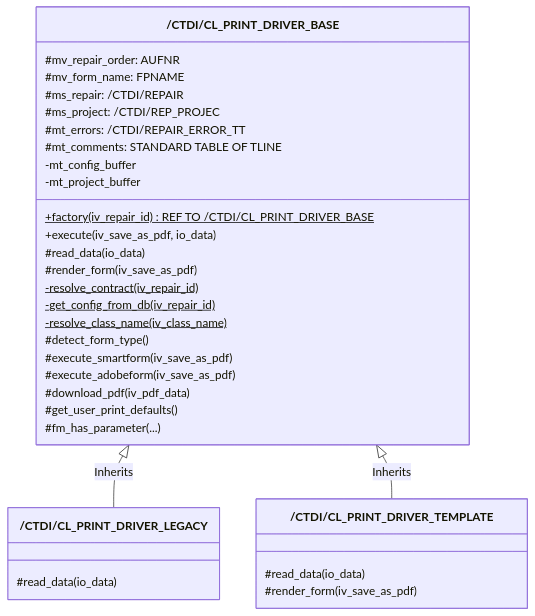
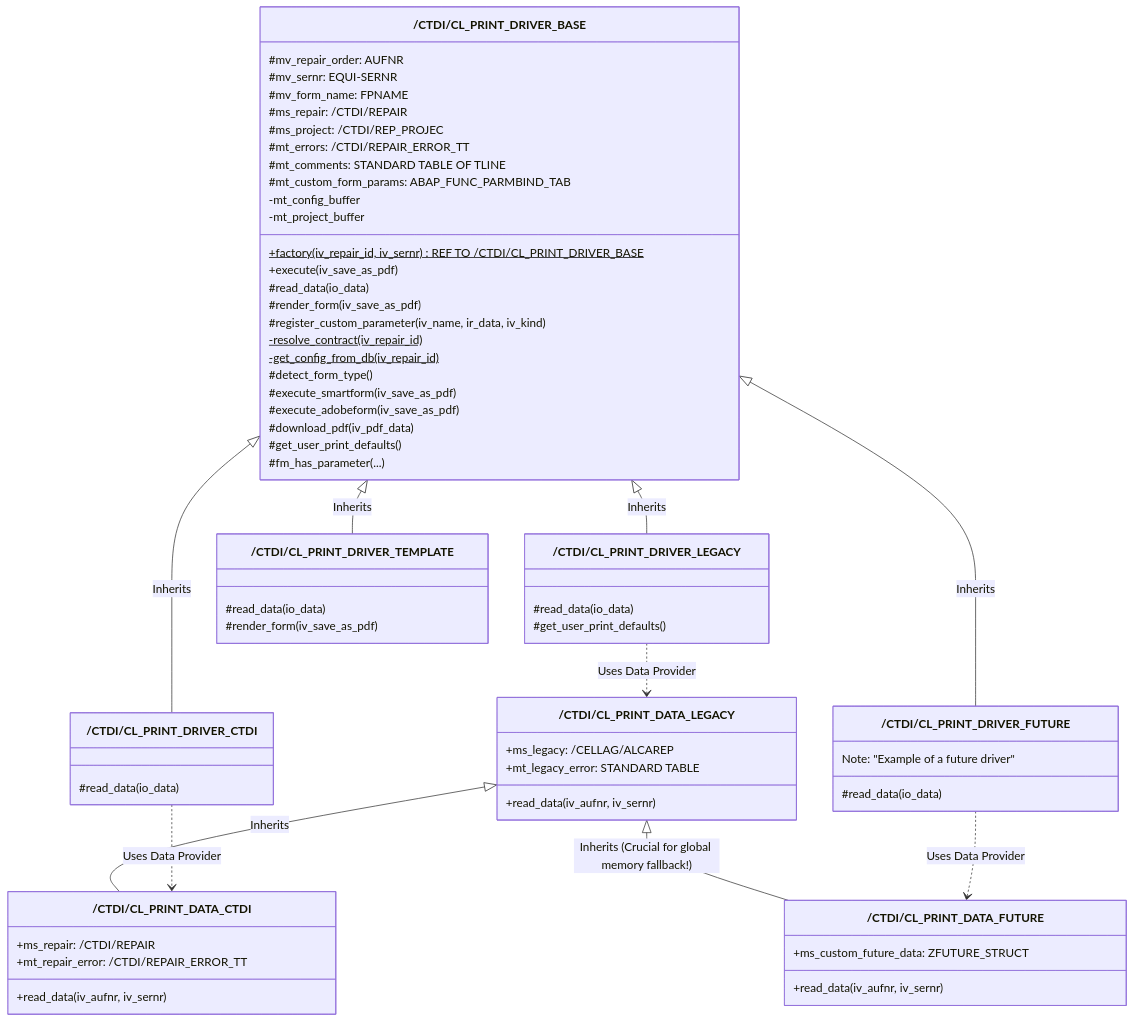
Before and after one commit to sbozbuga/DynAbap: the first of 2 diagrams in uml_new.md, drawn with Mermaid. The commit also changed other lines of this file and 4 other files, not shown here.

Commit message:
feat: implement dynamic print driver framework with NAST integration and standalone execution support

````diff
--- a/uml_new.md
+++ b/uml_new.md
@@ -5,38 +5,76 @@
 ```mermaid
 classDiagram
     class `/CTDI/CL_PRINT_DRIVER_BASE` {
         #mv_repair_order: AUFNR
+        #mv_sernr: EQUI-SERNR
         #mv_form_name: FPNAME
         #ms_repair: /CTDI/REPAIR
         #ms_project: /CTDI/REP_PROJEC
         #mt_errors: /CTDI/REPAIR_ERROR_TT
         #mt_comments: STANDARD TABLE OF TLINE
+        #mt_custom_form_params: ABAP_FUNC_PARMBIND_TAB
         -mt_config_buffer
         -mt_project_buffer
-        +factory(iv_repair_id)$ REF TO /CTDI/CL_PRINT_DRIVER_BASE
-        +execute(iv_save_as_pdf, io_data)
+        +factory(iv_repair_id, iv_sernr)$ REF TO /CTDI/CL_PRINT_DRIVER_BASE
+        +execute(iv_save_as_pdf)
         #read_data(io_data)
         #render_form(iv_save_as_pdf)
+        #register_custom_parameter(iv_name, ir_data, iv_kind)
         -resolve_contract(iv_repair_id)$
         -get_config_from_db(iv_repair_id)$
-        -resolve_class_name(iv_class_name)$
         #detect_form_type()
         #execute_smartform(iv_save_as_pdf)
         #execute_adobeform(iv_save_as_pdf)
         #download_pdf(iv_pdf_data)
         #get_user_print_defaults()
         #fm_has_parameter(...)
     }
 
     class `/CTDI/CL_PRINT_DRIVER_LEGACY` {
         #read_data(io_data)
+        #get_user_print_defaults()
+    }
+
+    class `/CTDI/CL_PRINT_DRIVER_CTDI` {
+        #read_data(io_data)
     }
 
     class `/CTDI/CL_PRINT_DRIVER_TEMPLATE` {
         #read_data(io_data)
         #render_form(iv_save_as_pdf)
     }
 
+    class `/CTDI/CL_PRINT_DRIVER_FUTURE` {
+        #read_data(io_data)
+        Note: "Example of a future driver"
+    }
+
+    class `/CTDI/CL_PRINT_DATA_LEGACY` {
+        +ms_legacy: /CELLAG/ALCAREP
+        +mt_legacy_error: STANDARD TABLE
+        +read_data(iv_aufnr, iv_sernr)
+    }
+
+    class `/CTDI/CL_PRINT_DATA_CTDI` {
+        +ms_repair: /CTDI/REPAIR
+        +mt_repair_error: /CTDI/REPAIR_ERROR_TT
+        +read_data(iv_aufnr, iv_sernr)
+    }
+
+    class `/CTDI/CL_PRINT_DATA_FUTURE` {
+        +ms_custom_future_data: ZFUTURE_STRUCT
+        +read_data(iv_aufnr, iv_sernr)
+    }
+
     `/CTDI/CL_PRINT_DRIVER_BASE` <|-- `/CTDI/CL_PRINT_DRIVER_LEGACY` : Inherits
+    `/CTDI/CL_PRINT_DRIVER_BASE` <|-- `/CTDI/CL_PRINT_DRIVER_CTDI` : Inherits
     `/CTDI/CL_PRINT_DRIVER_BASE` <|-- `/CTDI/CL_PRINT_DRIVER_TEMPLATE` : Inherits
+    `/CTDI/CL_PRINT_DRIVER_BASE` <|-- `/CTDI/CL_PRINT_DRIVER_FUTURE` : Inherits
+    
+    `/CTDI/CL_PRINT_DATA_LEGACY` <|-- `/CTDI/CL_PRINT_DATA_CTDI` : Inherits
+    `/CTDI/CL_PRINT_DATA_LEGACY` <|-- `/CTDI/CL_PRINT_DATA_FUTURE` : Inherits (Crucial for global memory fallback!)
+
+    `/CTDI/CL_PRINT_DRIVER_LEGACY` ..> `/CTDI/CL_PRINT_DATA_LEGACY` : Uses Data Provider
+    `/CTDI/CL_PRINT_DRIVER_CTDI` ..> `/CTDI/CL_PRINT_DATA_CTDI` : Uses Data Provider
+    `/CTDI/CL_PRINT_DRIVER_FUTURE` ..> `/CTDI/CL_PRINT_DATA_FUTURE` : Uses Data Provider
 ```
````
